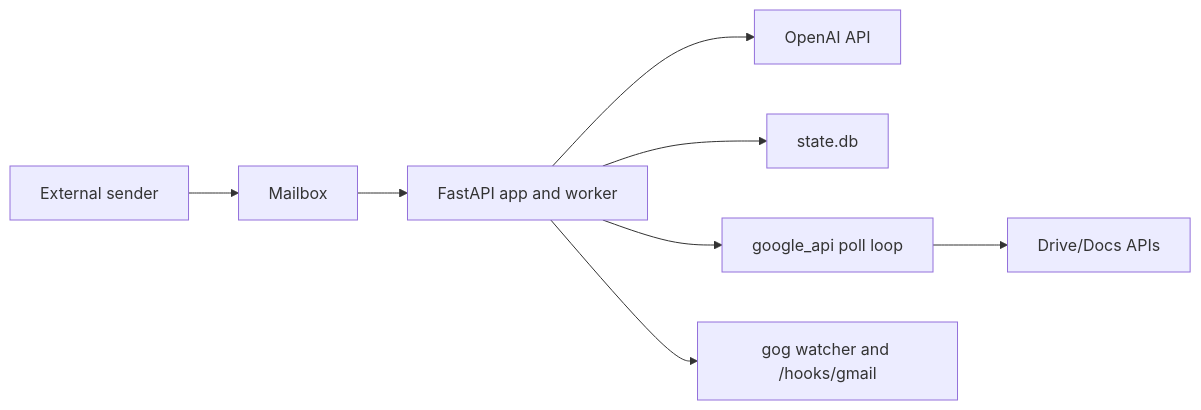
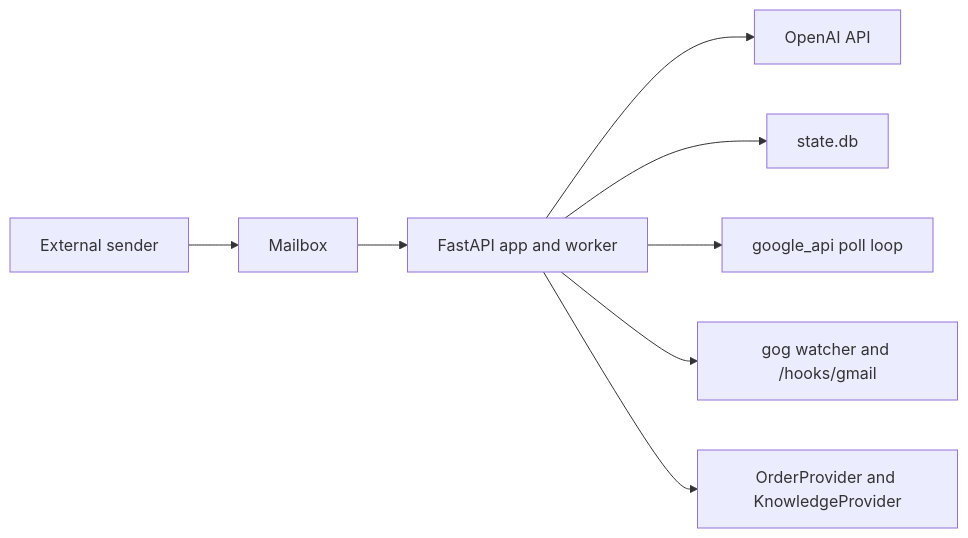
Before and after one commit to LunarMothStudios/Canna-Mailroom: the diagram in docs/deployment.md, drawn with Mermaid. The commit also changed other lines of this file and 36 other files, not shown here.

````diff
--- a/docs/deployment.md
+++ b/docs/deployment.md
@@ -18,10 +16,10 @@
 ```mermaid
 flowchart LR
     Sender["External sender"] --> Mailbox["Mailbox"]
     Mailbox --> App["FastAPI app and worker"]
     App --> OpenAI["OpenAI API"]
     App --> DB["state.db"]
     App --> Poll["google_api poll loop"]
     App --> Hook["gog watcher and /hooks/gmail"]
-    Poll --> Drive["Drive/Docs APIs"]
+    App --> Providers["OrderProvider and KnowledgeProvider"]
 ```
````
